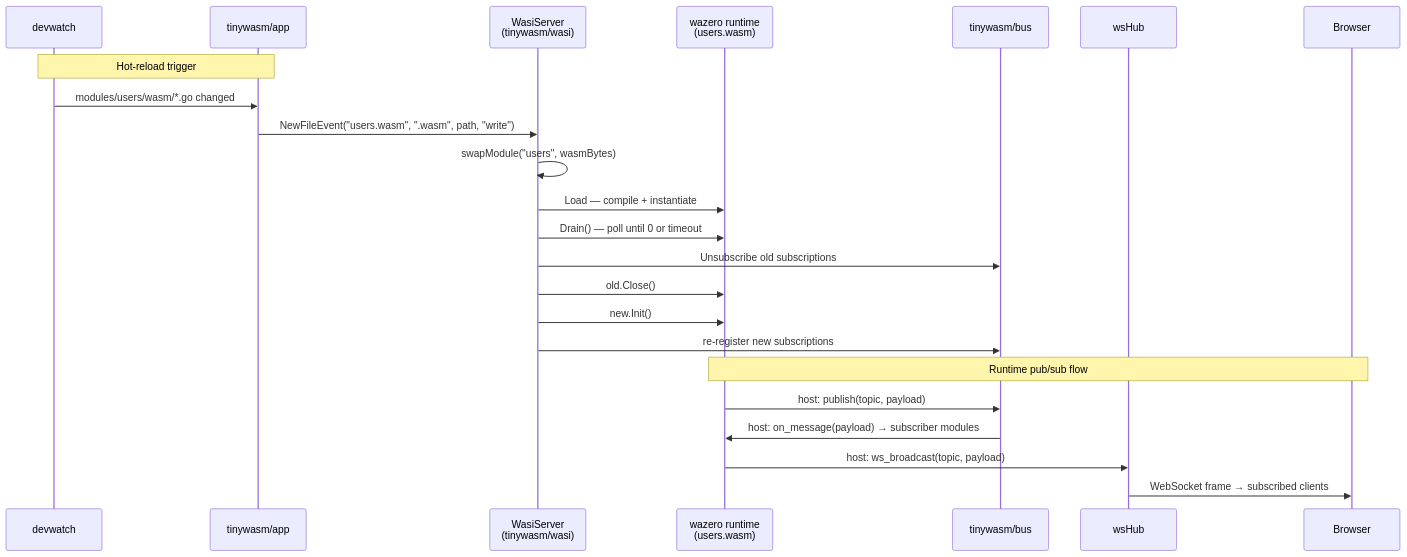
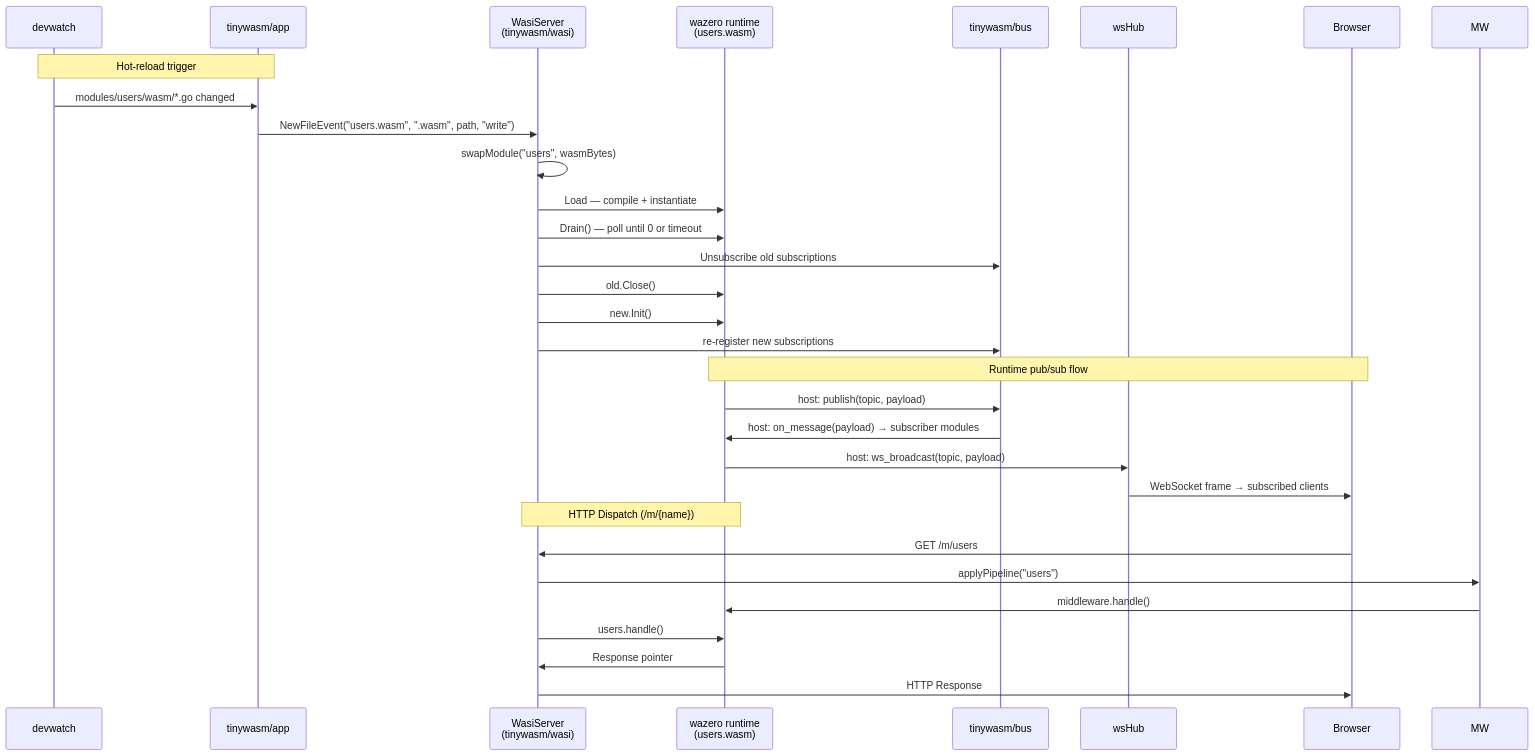
One commit to tinywasm/wasi changed the second of 2 diagrams in docs/ARCHITECTURE.md. Above: the diagram before and after it, drawn with Mermaid. The commit also changed other lines of this file and 27 other files, not shown here.

````diff
--- a/docs/ARCHITECTURE.md
+++ b/docs/ARCHITECTURE.md
@@ -42,27 +45,35 @@
 ```mermaid
 sequenceDiagram
     participant DW  as devwatch
     participant APP as tinywasm/app
     participant SRV as WasiServer<br/>(tinywasm/wasi)
     participant RT  as wazero runtime<br/>(users.wasm)
     participant BUS as tinywasm/bus
     participant HUB as wsHub
     participant BR  as Browser
 
     Note over DW,APP: Hot-reload trigger
     DW->>APP: modules/users/wasm/*.go changed
     APP->>SRV: NewFileEvent("users.wasm", ".wasm", path, "write")
     SRV->>SRV: swapModule("users", wasmBytes)
     SRV->>RT: Load — compile + instantiate
     SRV->>RT: Drain() — poll until 0 or timeout
     SRV->>BUS: Unsubscribe old subscriptions
     SRV->>RT: old.Close()
     SRV->>RT: new.Init()
     SRV->>BUS: re-register new subscriptions
 
     Note over RT,BR: Runtime pub/sub flow
     RT->>BUS: host: publish(topic, payload)
     BUS->>RT: host: on_message(payload) → subscriber modules
     RT->>HUB: host: ws_broadcast(topic, payload)
     HUB->>BR: WebSocket frame → subscribed clients
+
+    Note over RT,SRV: HTTP Dispatch (/m/{name})
+    BR->>SRV: GET /m/users
+    SRV->>MW: applyPipeline("users")
+    MW->>RT: middleware.handle()
+    SRV->>RT: users.handle()
+    RT->>SRV: Response pointer
+    SRV->>BR: HTTP Response
 ```
````
